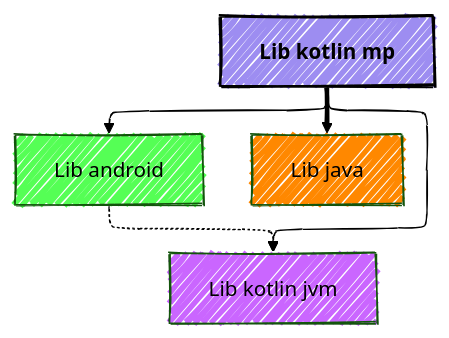
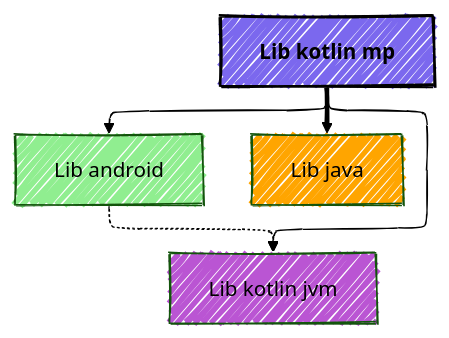
Before and after one commit to jonapoul/atlas: the diagram in sample/sample-lib-kotlin-mp/charts/charts.mmd, drawn with Mermaid. The commit also changed 25 other files, not shown here.

```diff
--- a/sample/sample-lib-kotlin-mp/charts/charts.mmd
+++ b/sample/sample-lib-kotlin-mp/charts/charts.mmd
@@ -1,25 +1,25 @@
 ---
 config:
   layout: elk
   look: handDrawn
   theme: forest
   elk:
     mergeEdges: true
     forceNodeModelOrder: true
     nodePlacementStrategy: LINEAR_SEGMENTS
     cycleBreakingStrategy: INTERACTIVE
     considerModelOrder: PREFER_EDGES
 ---
 graph TD
   _sample_lib_android["Lib android"]
   _sample_lib_java["Lib java"]
   _sample_lib_kotlin_jvm["Lib kotlin jvm"]
   _sample_lib_kotlin_mp["Lib kotlin mp"]
-  style _sample_lib_android fill:#55FF55,color:black
-  style _sample_lib_java fill:#FF8800,color:black
-  style _sample_lib_kotlin_jvm fill:#CA66FF,color:black
-  style _sample_lib_kotlin_mp fill:#9D8DF1,color:black,font-weight:bold,stroke:black,stroke-width:2px
+  style _sample_lib_android fill:lightgreen,color:black
+  style _sample_lib_java fill:orange,color:black
+  style _sample_lib_kotlin_jvm fill:mediumorchid,color:black
+  style _sample_lib_kotlin_mp fill:mediumslateblue,color:black,font-weight:bold,stroke:black,stroke-width:2px
   _sample_lib_android -.-> _sample_lib_kotlin_jvm
   _sample_lib_kotlin_mp --> _sample_lib_android
   _sample_lib_kotlin_mp ==> _sample_lib_java
   _sample_lib_kotlin_mp --> _sample_lib_kotlin_jvm
```
